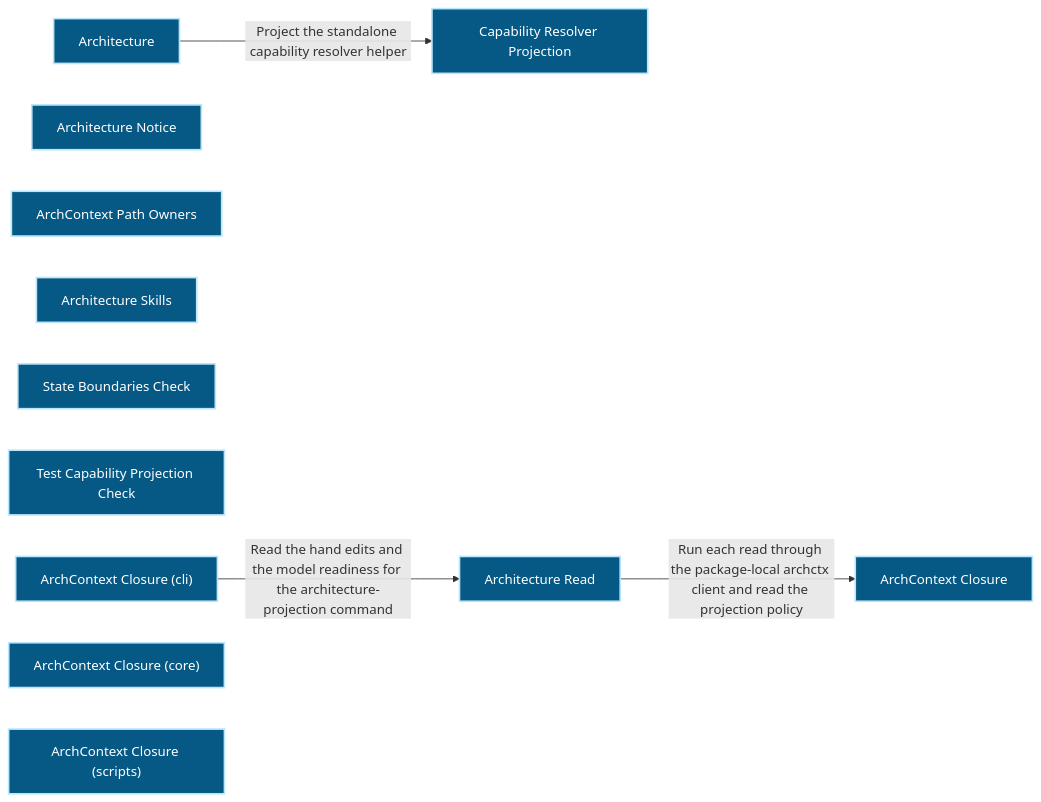
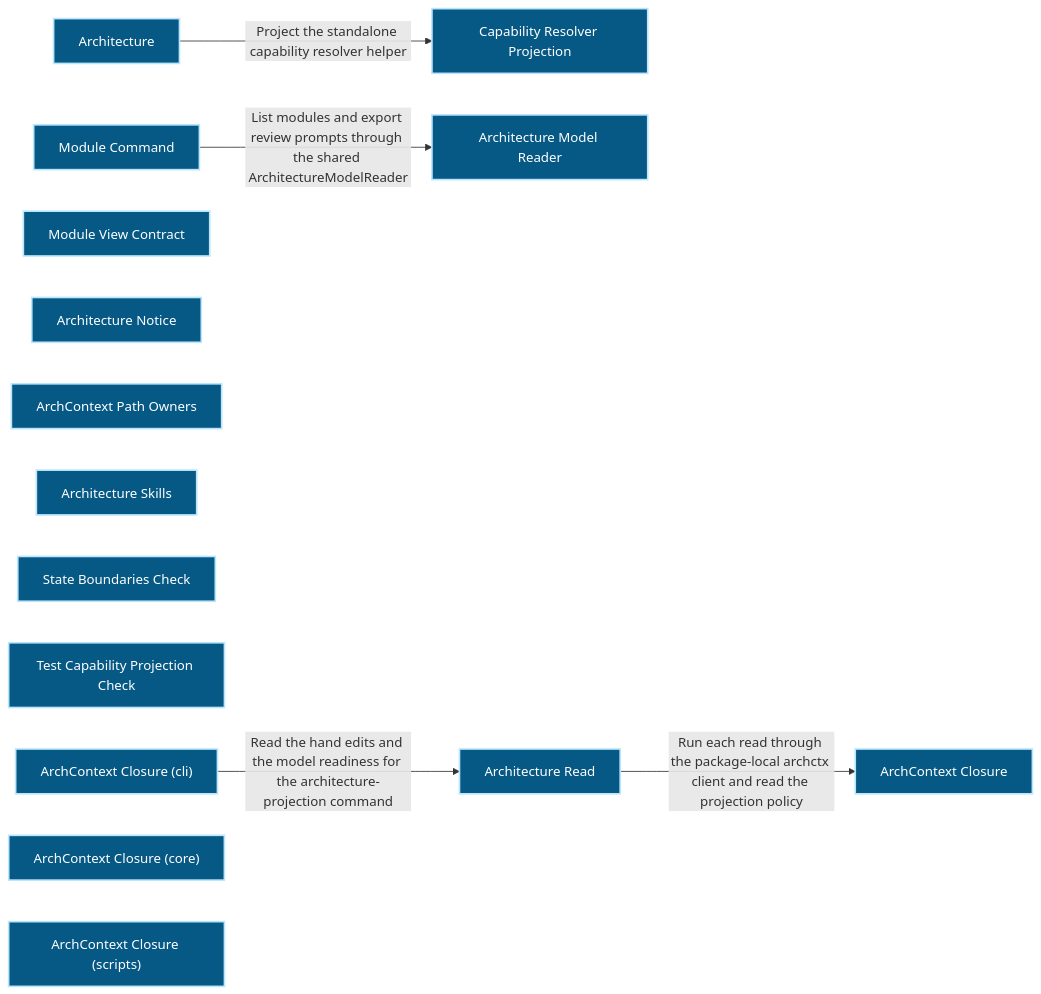
The first of 2 diagrams in docs/architecture/modules/runtime-harness/architecture.md (Ancienttwo/repo-harness), drawn with Mermaid before and after one commit. The commit also changed other lines of this file and 19 other files, not shown here.

First line of the commit message:
chore(projection): refresh generated architecture outputs for main@5a92c31ccf98

````diff
--- a/docs/architecture/modules/runtime-harness/architecture.md
+++ b/docs/architecture/modules/runtime-harness/architecture.md
@@ -16,22 +16,26 @@
 ```mermaid
 flowchart LR
   p1_capability_runtime_harness_architecture_b2e483c3["Architecture"]:::component
   p1_component_architecture_helper_projection_4f90d353["Capability Resolver Projection"]:::component
+  p1_component_architecture_model_reader_a34f9503["Architecture Model Reader"]:::component
+  p1_component_architecture_module_cli_9d2922f4["Module Command"]:::component
+  p1_component_architecture_module_view_2b7004f1["Module View Contract"]:::component
   p1_component_architecture_notice_a8021c95["Architecture Notice"]:::component
   p1_component_architecture_owners_e27e764b["ArchContext Path Owners"]:::component
   p1_component_architecture_skills_17de03c8["Architecture Skills"]:::component
   p1_component_architecture_state_boundaries_check_139ea12c["State Boundaries Check"]:::component
   p1_component_architecture_test_projection_check_3217626c["Test Capability Projection Check"]:::component
   p1_component_global_runtime_reconciliation_archctx_closure_1b9b31b7["ArchContext Closure"]:::component
   p1_component_global_runtime_reconciliation_archctx_closure_cli_a2249d79["ArchContext Closure (cli)"]:::component
   p1_component_global_runtime_reconciliation_archctx_closure_core_8aa566c4["ArchContext Closure (core)"]:::component
   p1_component_global_runtime_reconciliation_archctx_closure_scripts_f4032cbc["ArchContext Closure (scripts)"]:::component
   p1_component_global_runtime_reconciliation_architecture_read_33d34b6e["Architecture Read"]:::component
   p1_capability_runtime_harness_architecture_b2e483c3 -->|"Project the standalone capability resolver helper"| p1_component_architecture_helper_projection_4f90d353
+  p1_component_architecture_module_cli_9d2922f4 -->|"List modules and export review prompts through the shared ArchitectureModelReader"| p1_component_architecture_model_reader_a34f9503
   p1_component_global_runtime_reconciliation_archctx_closure_cli_a2249d79 -->|"Read the hand edits and the model readiness for the architecture-projection command"| p1_component_global_runtime_reconciliation_architecture_read_33d34b6e
   p1_component_global_runtime_reconciliation_architecture_read_33d34b6e -->|"Run each read through the package-local archctx client and read the projection policy"| p1_component_global_runtime_reconciliation_archctx_closure_1b9b31b7
   classDef actor fill:#111827,color:#ffffff,stroke:#f9fafb,stroke-width:2px
   classDef component fill:#075985,color:#ffffff,stroke:#bae6fd,stroke-width:2px
   classDef datastore fill:#3f6212,color:#ffffff,stroke:#d9f99d,stroke-width:2px
   classDef external fill:#7c2d12,color:#ffffff,stroke:#fed7aa,stroke-width:2px
 ```
````
